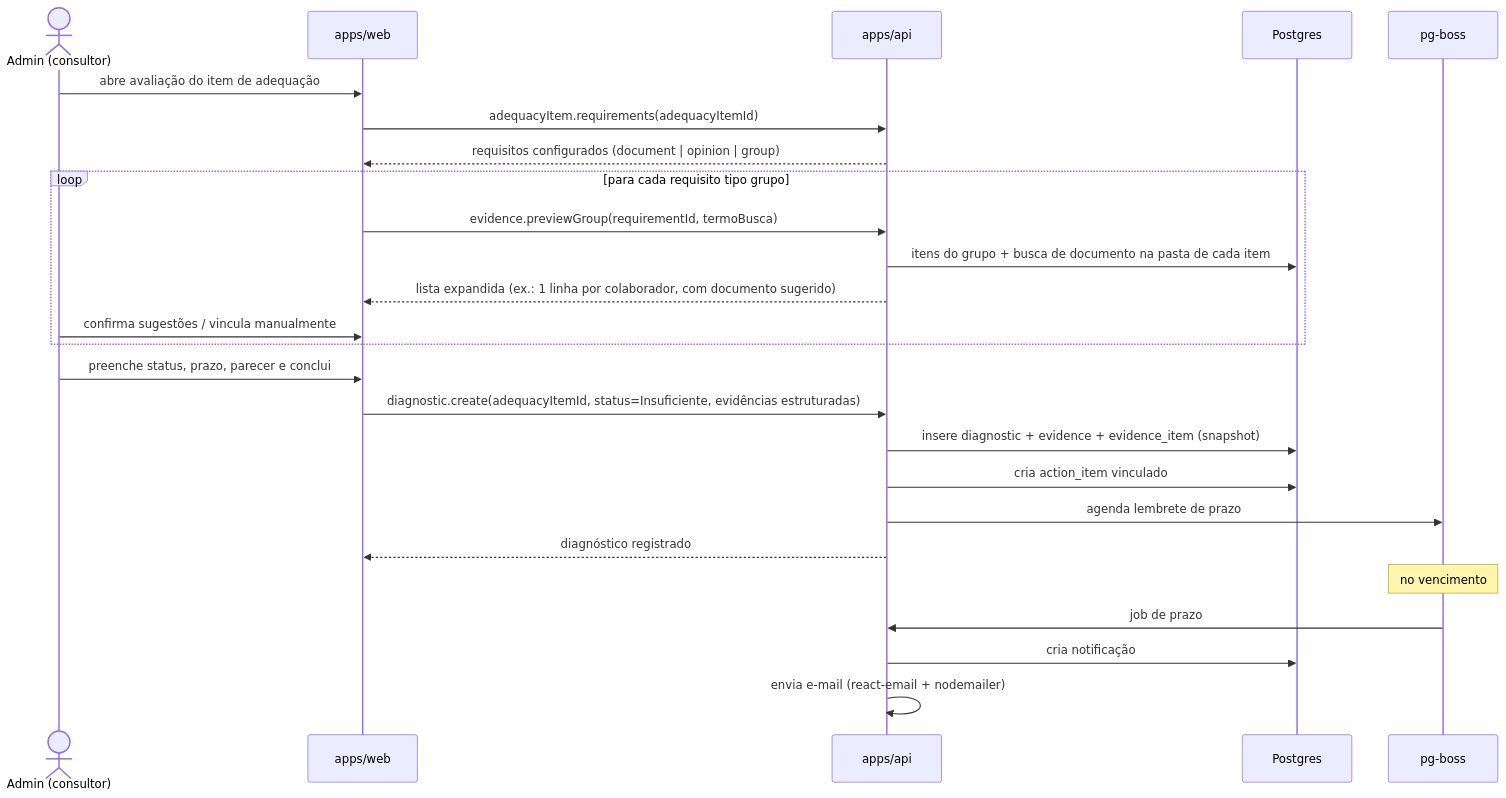
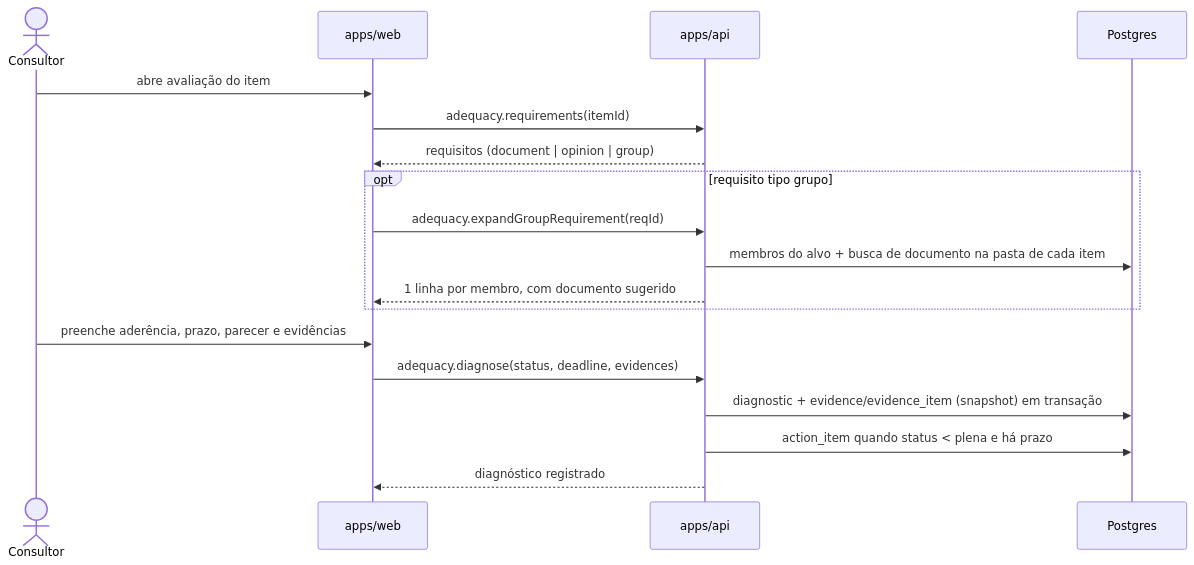
Before and after one commit to jcjoo/easynr10-fable: the seventh of 8 diagrams in projeto.md, drawn with Mermaid. The commit also changed other lines of this file and 89 other files, not shown here.

````diff
--- a/projeto.md
+++ b/projeto.md
@@ -881,28 +623,21 @@
 ```mermaid
 sequenceDiagram
-    actor AD as Admin (consultor)
+    actor AD as Consultor
     participant W as apps/web
     participant A as apps/api
     participant P as Postgres
-    participant J as pg-boss
 
-    AD->>W: abre avaliação do item de adequação
-    W->>A: adequacyItem.requirements(adequacyItemId)
-    A-->>W: requisitos configurados (document | opinion | group)
-    loop para cada requisito tipo grupo
-        W->>A: evidence.previewGroup(requirementId, termoBusca)
-        A->>P: itens do grupo + busca de documento na pasta de cada item
-        A-->>W: lista expandida (ex.: 1 linha por colaborador, com documento sugerido)
-        AD->>W: confirma sugestões / vincula manualmente
+    AD->>W: abre avaliação do item
+    W->>A: adequacy.requirements(itemId)
+    A-->>W: requisitos (document | opinion | group)
+    opt requisito tipo grupo
+        W->>A: adequacy.expandGroupRequirement(reqId)
+        A->>P: membros do alvo + busca de documento na pasta de cada item
+        A-->>W: 1 linha por membro, com documento sugerido
     end
-    AD->>W: preenche status, prazo, parecer e conclui
-    W->>A: diagnostic.create(adequacyItemId, status=Insuficiente, evidências estruturadas)
-    A->>P: insere diagnostic + evidence + evidence_item (snapshot)
-    A->>P: cria action_item vinculado
-    A->>J: agenda lembrete de prazo
+    AD->>W: preenche aderência, prazo, parecer e evidências
+    W->>A: adequacy.diagnose(status, deadline, evidences)
+    A->>P: diagnostic + evidence/evidence_item (snapshot) em transação
+    A->>P: action_item quando status < plena e há prazo
     A-->>W: diagnóstico registrado
-    Note over J: no vencimento
-    J->>A: job de prazo
-    A->>P: cria notificação
-    A->>A: envia e-mail (react-email + nodemailer)
 ```
````
